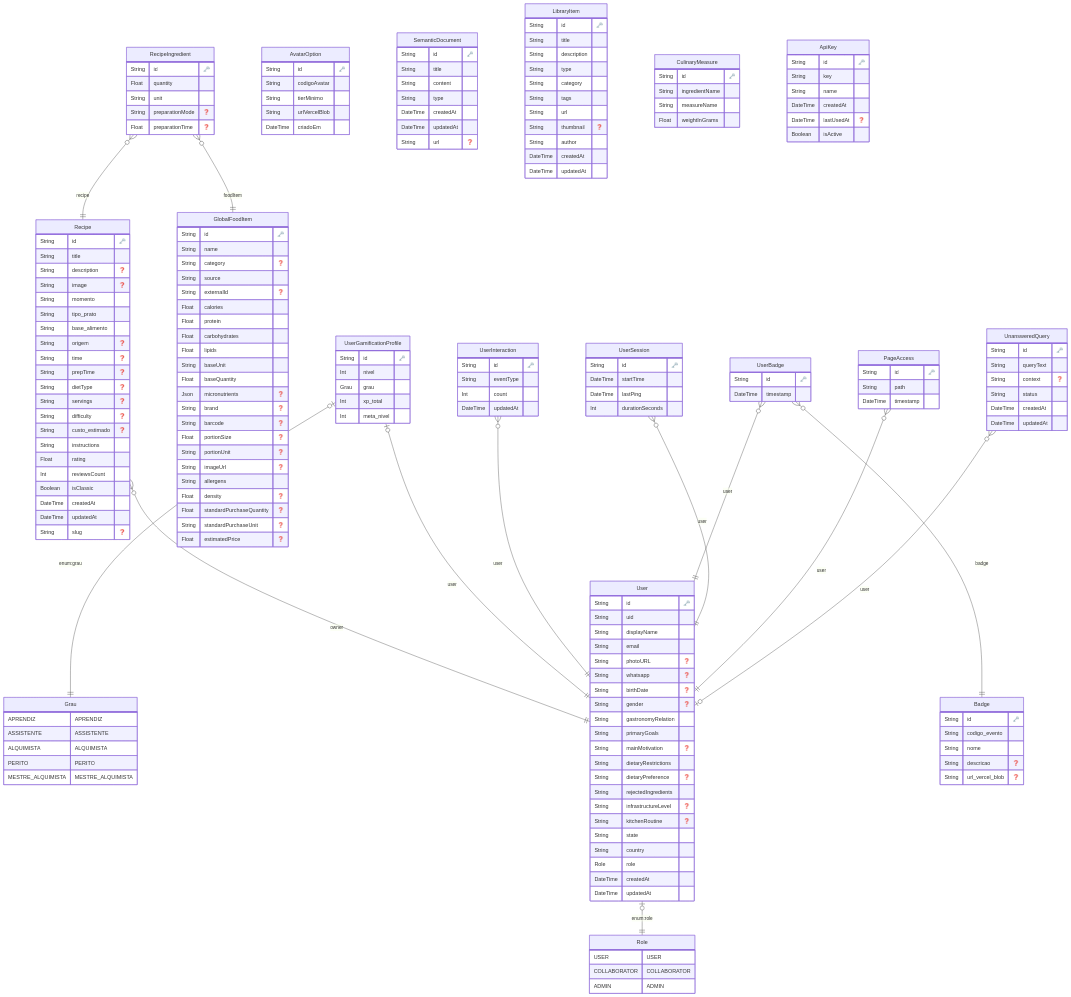
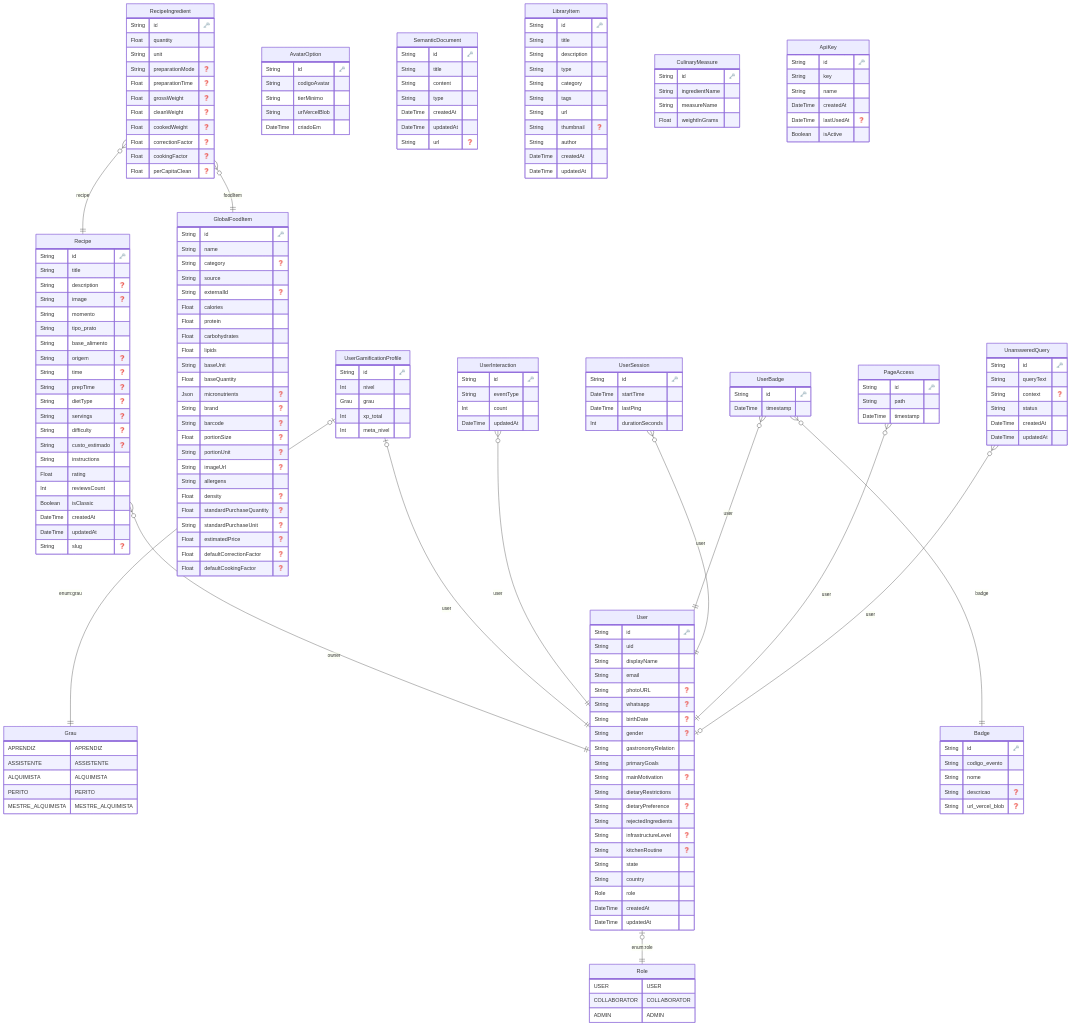
Before and after one commit to Sarge2024/alchemist: the diagram in specs/ERD.md, drawn with Mermaid. The commit also changed 10 other files, not shown here.

```diff
--- a/specs/ERD.md
+++ b/specs/ERD.md
@@ -90,6 +90,8 @@
     Float standardPurchaseQuantity "❓"
     String standardPurchaseUnit "❓"
     Float estimatedPrice "❓"
+    Float defaultCorrectionFactor "❓"
+    Float defaultCookingFactor "❓"
     }
   
 
@@ -99,6 +101,12 @@
     String unit 
     String preparationMode "❓"
     Float preparationTime "❓"
+    Float grossWeight "❓"
+    Float cleanWeight "❓"
+    Float cookedWeight "❓"
+    Float correctionFactor "❓"
+    Float cookingFactor "❓"
+    Float perCapitaClean "❓"
     }
   
 
```
